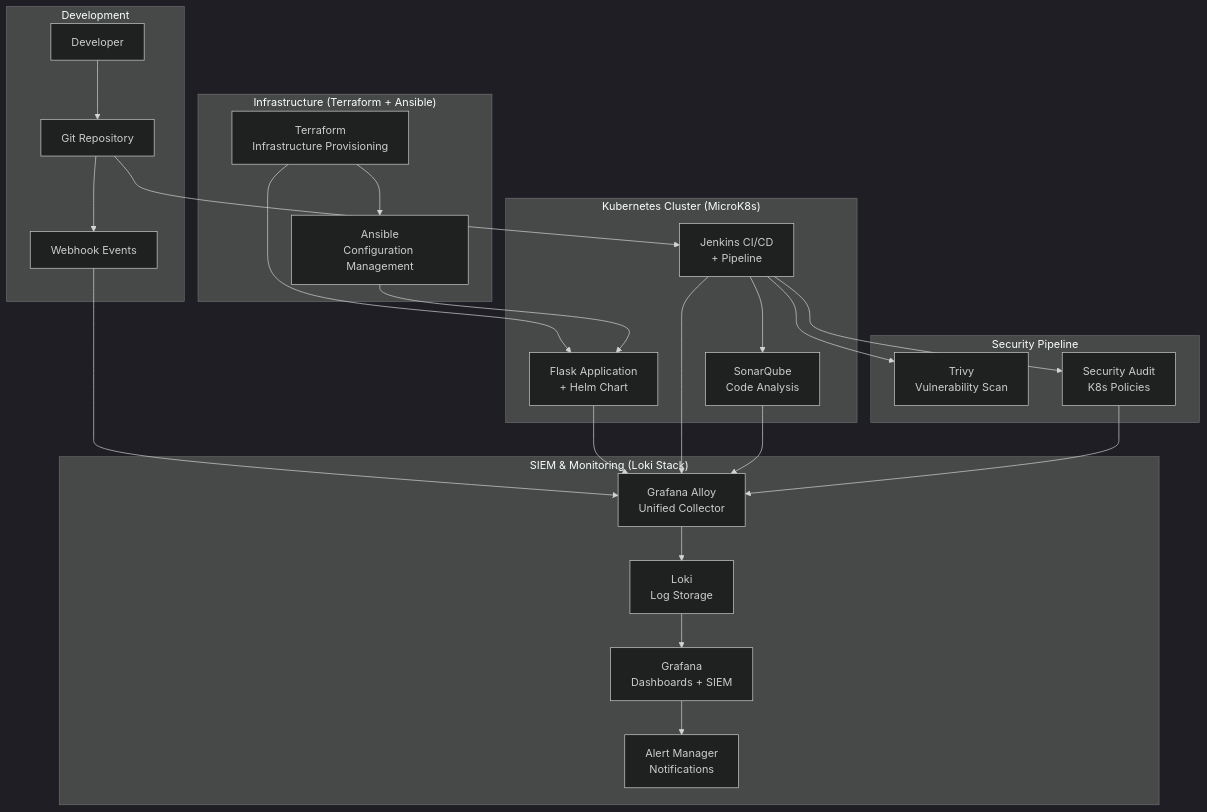
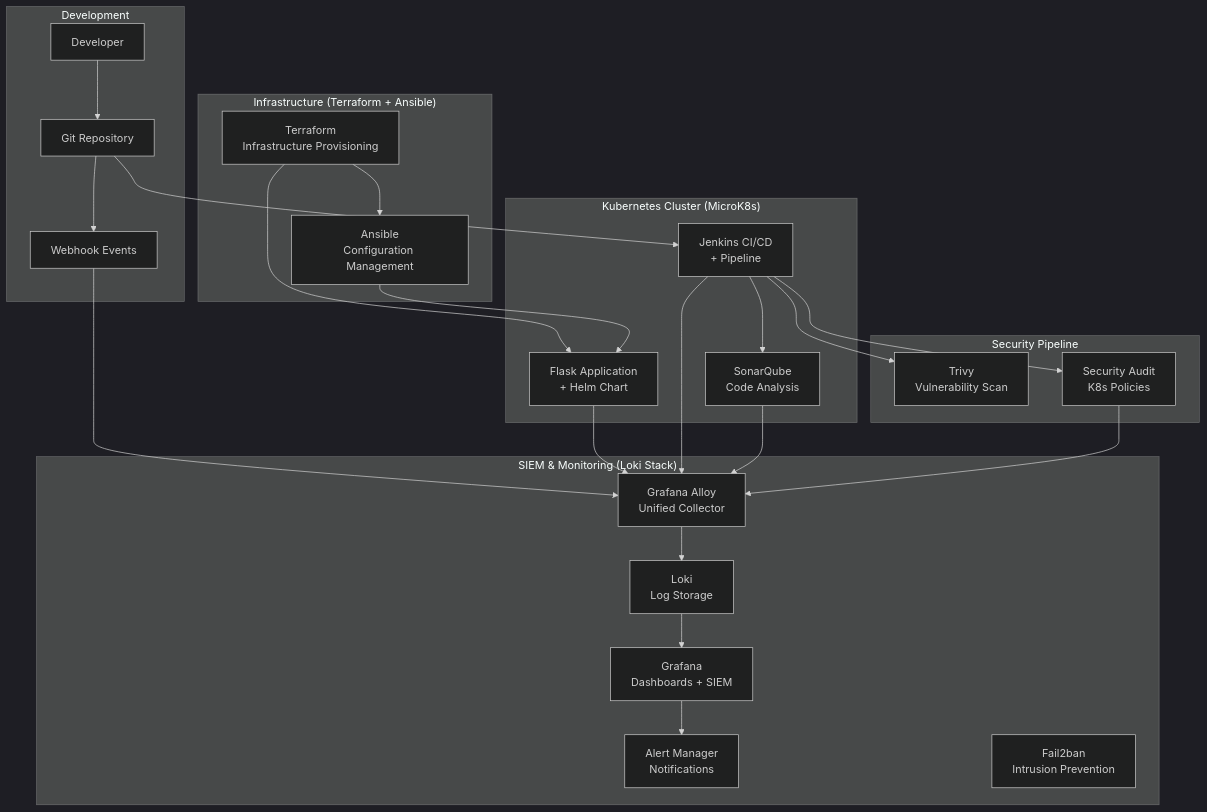
One commit to Jev1337/Sample-DevSecOps changed the first of 5 diagrams in docs/README.md. Above: the diagram before and after it, drawn with Mermaid (dark theme). The commit also changed other lines of this file and 6 other files, not shown here.

First line of the commit message:
Integrate fail2ban and severity-based SIEM monitoring

````diff
--- a/docs/README.md
+++ b/docs/README.md
@@ -69,47 +70,48 @@
 ```mermaid
 graph TB
     subgraph "Development"
         DEV[Developer] --> GIT[Git Repository]
         GIT --> WEBHOOK[Webhook Events]
     end
     
     subgraph "Infrastructure (Terraform + Ansible)"
         TERRA[Terraform<br/>Infrastructure Provisioning]
         ANSIBLE[Ansible<br/>Configuration Management]
         TERRA --> ANSIBLE
     end
     
     subgraph "Kubernetes Cluster (MicroK8s)"
         APP[Flask Application<br/>+ Helm Chart]
         JENKINS[Jenkins CI/CD<br/>+ Pipeline]
         SONAR[SonarQube<br/>Code Analysis]
     end
     
     subgraph "Security Pipeline"
         TRIVY[Trivy<br/>Vulnerability Scan]
         AUDIT[Security Audit<br/>K8s Policies]
         JENKINS --> TRIVY
         JENKINS --> SONAR
         JENKINS --> AUDIT
     end
     
     subgraph "SIEM & Monitoring (Loki Stack)"
         ALLOY[Grafana Alloy<br/>Unified Collector]
         LOKI[Loki<br/>Log Storage]
         GRAFANA[Grafana<br/>Dashboards + SIEM]
         ALERTS[Alert Manager<br/>Notifications]
+        FAIL2BAN[Fail2ban<br/>Intrusion Prevention]
         
         ALLOY --> LOKI
         LOKI --> GRAFANA
         GRAFANA --> ALERTS
     end
     
     GIT --> JENKINS
     WEBHOOK --> ALLOY
     TERRA --> APP
     ANSIBLE --> APP
     APP --> ALLOY
     JENKINS --> ALLOY
     SONAR --> ALLOY
     AUDIT --> ALLOY
 ```
````
